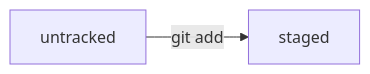
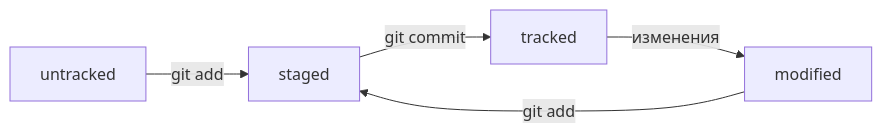
Before and after one commit to kimoncar/notes-project: the diagram in readme.md, drawn with Mermaid.

Commit message:
Добавить в раздел 'Жизненный цикл файлов в Git' mermaid-схему

````diff
--- a/readme.md
+++ b/readme.md
@@ -117,4 +117,7 @@
 ```mermaid
 graph LR
-	A[untracked] -- git add --> B[staged];
+	A[untracked] -- "git add" --> B[staged];
+	B[staged] -- "git commit" --> C[tracked];
+	C[tracked] -- "изменения" --> D[modified];
+	D[modified] -- "git add" --> B[staged];
 ```
````
